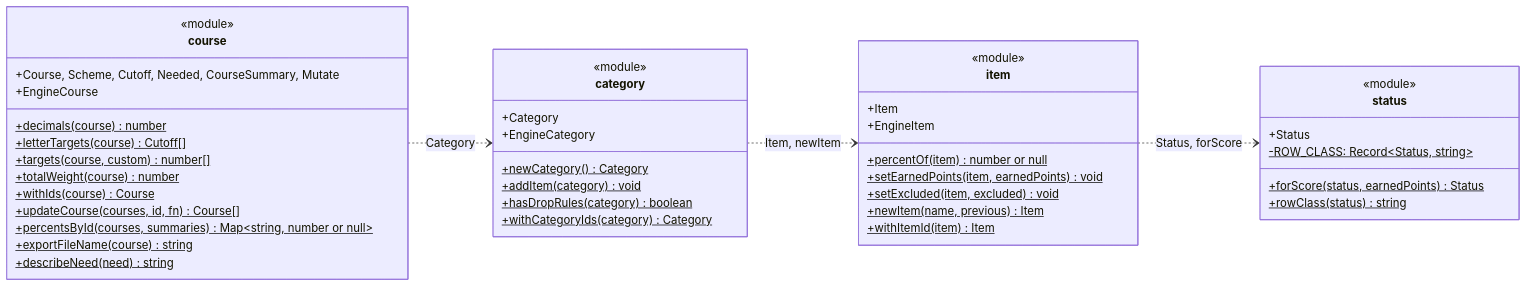
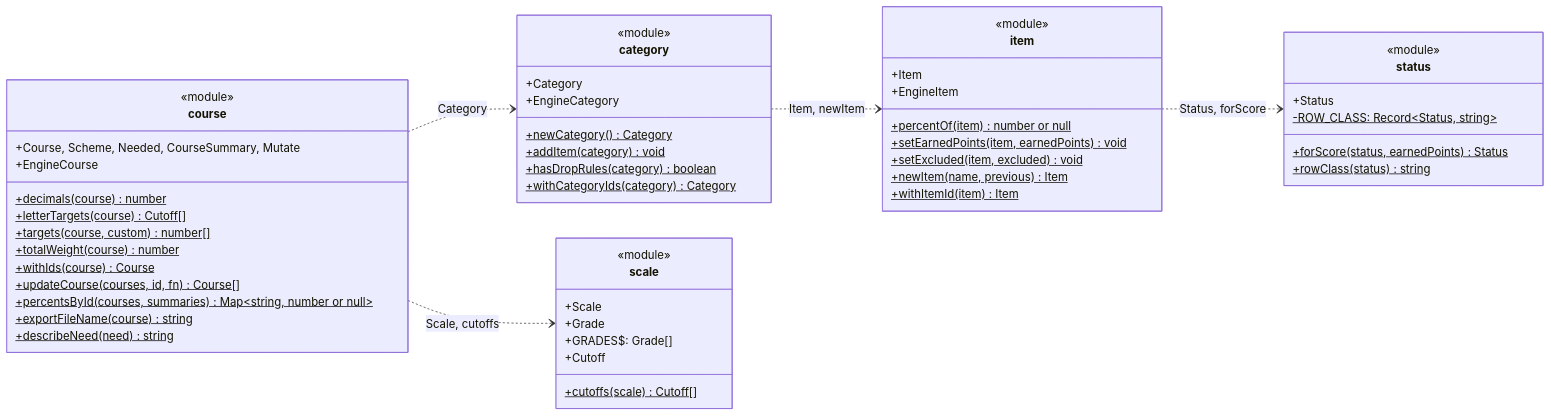
Before and after one commit to Patman1O1/grade-calculator: the ninth of 9 diagrams in docs/uml.md, drawn with Mermaid. The commit also changed other lines of this file and 12 other files, not shown here.

First line of the commit message:
Replace Cutoff with a fixed Scale { a, b, c, d, f }

````diff
--- a/docs/uml.md
+++ b/docs/uml.md
@@ -384,47 +395,56 @@
 ```mermaid
 classDiagram
   direction LR
   class course {
     <<module>>
-    +Course, Scheme, Cutoff, Needed, CourseSummary, Mutate
+    +Course, Scheme, Needed, CourseSummary, Mutate
     +decimals(course)$ number
     +letterTargets(course)$ Cutoff[]
     +targets(course, custom)$ number[]
     +totalWeight(course)$ number
     +EngineCourse
     +withIds(course)$ Course
     +updateCourse(courses, id, fn)$ Course[]
     +percentsById(courses, summaries)$ Map~string, number or null~
     +exportFileName(course)$ string
     +describeNeed(need)$ string
   }
   class category {
     <<module>>
     +Category
     +newCategory()$ Category
     +addItem(category)$ void
     +hasDropRules(category)$ boolean
     +EngineCategory
     +withCategoryIds(category)$ Category
   }
   class item {
     <<module>>
     +Item
     +percentOf(item)$ number or null
     +setEarnedPoints(item, earnedPoints)$ void
     +setExcluded(item, excluded)$ void
     +newItem(name, previous)$ Item
     +EngineItem
     +withItemId(item)$ Item
   }
+  class scale {
+    <<module>>
+    +Scale
+    +Grade
+    +GRADES$: Grade[]
+    +Cutoff
+    +cutoffs(scale)$ Cutoff[]
+  }
   class status {
     <<module>>
     +Status
     +forScore(status, earnedPoints)$ Status
     -ROW_CLASS: Record~Status, string~$
     +rowClass(status)$ string
   }
   course ..> category : Category
+  course ..> scale : Scale, cutoffs
   category ..> item : Item, newItem
   item ..> status : Status, forScore
 ```
````
